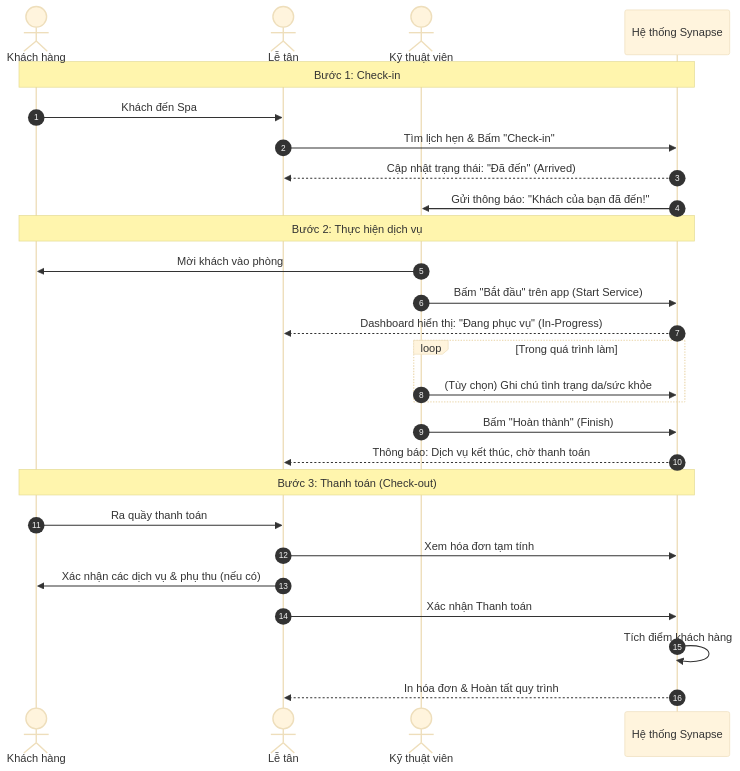
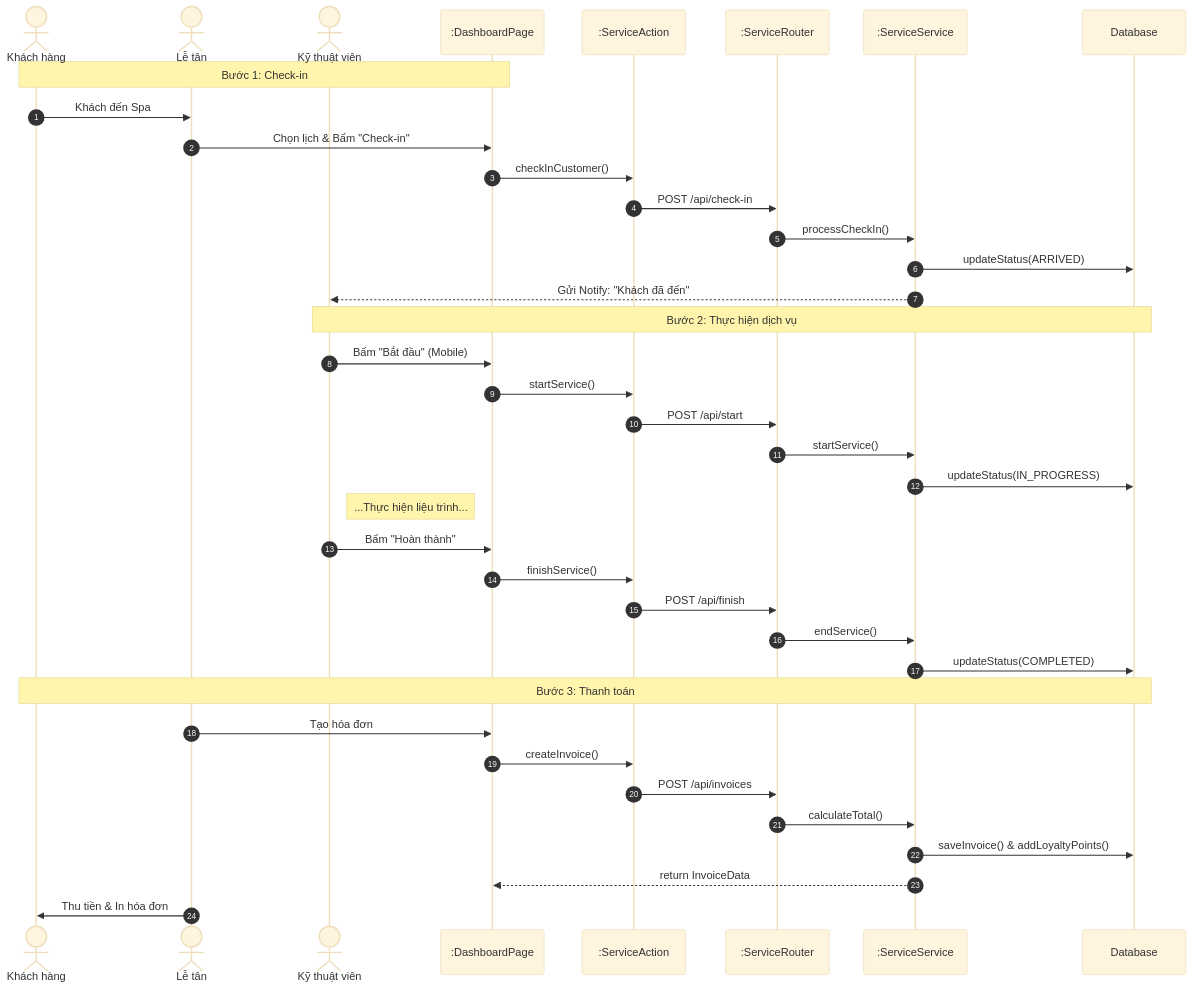
Before and after one commit to ngoctinn/Synapse: the second of 3 diagrams in docs/design/sequence_diagrams.md, drawn with Mermaid. The commit also changed other lines of this file and 1 other file, not shown here.

Commit message:
docs: Add detailed sequence diagrams for core Synapse system flows including booking, service, and cancellation.

````diff
--- a/docs/design/sequence_diagrams.md
+++ b/docs/design/sequence_diagrams.md
@@ -50,38 +62,49 @@
 ```mermaid
 %%{init: {'theme': 'base', 'themeVariables': { 'fontFamily': 'Times New Roman'}}}%%
 sequenceDiagram
     autonumber
     actor Customer as Khách hàng
     actor Recep as Lễ tân
     actor Tech as Kỹ thuật viên
-    participant System as Hệ thống Synapse
+    participant View as :DashboardPage
+    participant Action as :ServiceAction
+    participant Router as :ServiceRouter
+    participant Service as :ServiceService
+    participant DB as Database
 
-    Note over Customer, System: Bước 1: Check-in
+    Note over Customer, View: Bước 1: Check-in
 
     Customer->>Recep: Khách đến Spa
-    Recep->>System: Tìm lịch hẹn & Bấm "Check-in"
-    System-->>Recep: Cập nhật trạng thái: "Đã đến" (Arrived)
-    System->>Tech: Gửi thông báo: "Khách của bạn đã đến!"
+    Recep->>View: Chọn lịch & Bấm "Check-in"
+    View->>Action: checkInCustomer()
+    Action->>Router: POST /api/check-in
+    Router->>Service: processCheckIn()
+    Service->>DB: updateStatus(ARRIVED)
+    Service-->>Tech: Gửi Notify: "Khách đã đến"
 
-    Note over Customer, System: Bước 2: Thực hiện dịch vụ
+    Note over Tech, DB: Bước 2: Thực hiện dịch vụ
 
-    Tech->>Customer: Mời khách vào phòng
-    Tech->>System: Bấm "Bắt đầu" trên app (Start Service)
-    System-->>Recep: Dashboard hiển thị: "Đang phục vụ" (In-Progress)
+    Tech->>View: Bấm "Bắt đầu" (Mobile)
+    View->>Action: startService()
+    Action->>Router: POST /api/start
+    Router->>Service: startService()
+    Service->>DB: updateStatus(IN_PROGRESS)
 
-    loop Trong quá trình làm
-        Tech->>System: (Tùy chọn) Ghi chú tình trạng da/sức khỏe
-    end
+    Note right of Tech: ...Thực hiện liệu trình...
 
-    Tech->>System: Bấm "Hoàn thành" (Finish)
-    System-->>Recep: Thông báo: Dịch vụ kết thúc, chờ thanh toán
+    Tech->>View: Bấm "Hoàn thành"
+    View->>Action: finishService()
+    Action->>Router: POST /api/finish
+    Router->>Service: endService()
+    Service->>DB: updateStatus(COMPLETED)
 
-    Note over Customer, System: Bước 3: Thanh toán (Check-out)
+    Note over Customer, DB: Bước 3: Thanh toán
 
-    Customer->>Recep: Ra quầy thanh toán
-    Recep->>System: Xem hóa đơn tạm tính
-    Recep->>Customer: Xác nhận các dịch vụ & phụ thu (nếu có)
-    Recep->>System: Xác nhận Thanh toán
-    System->>System: Tích điểm khách hàng
-    System-->>Recep: In hóa đơn & Hoàn tất quy trình
+    Recep->>View: Tạo hóa đơn
+    View->>Action: createInvoice()
+    Action->>Router: POST /api/invoices
+    Router->>Service: calculateTotal()
+    Service->>DB: saveInvoice() & addLoyaltyPoints()
+    Service-->>View: return InvoiceData
+    Recep->>Customer: Thu tiền & In hóa đơn
 ```
````
